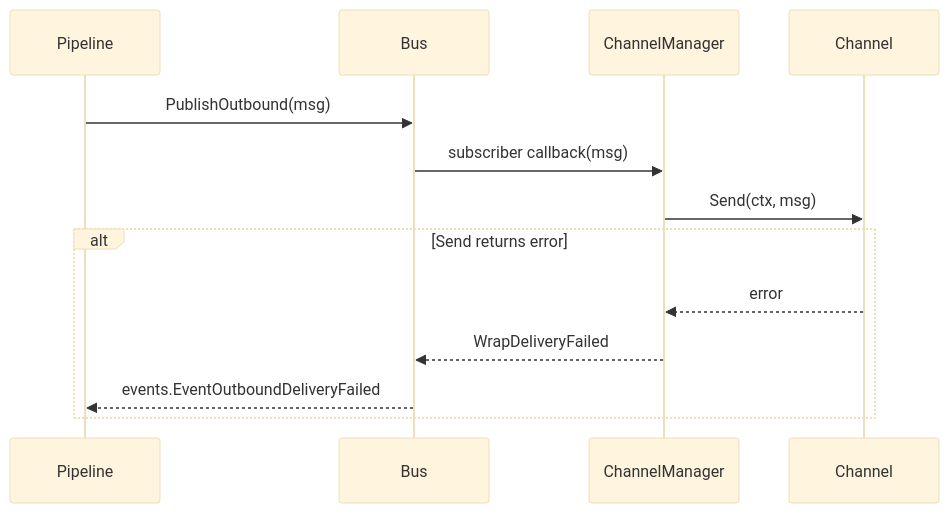
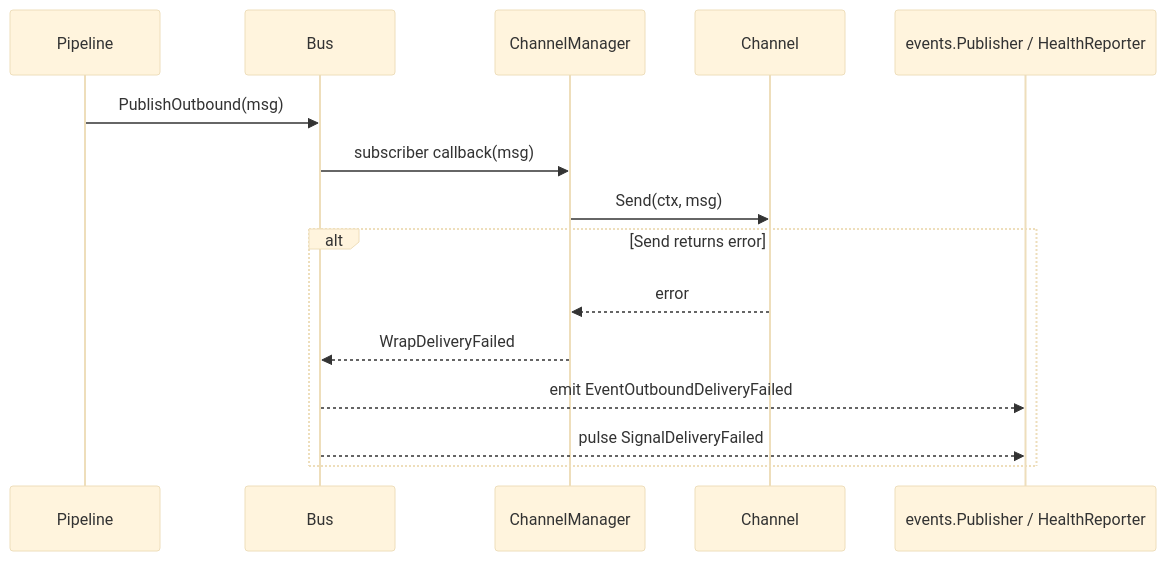
Before and after one commit to ageneralai/maven: the diagram in docs/channels/index.md, drawn with Mermaid (base theme). The commit also changed 3 other files, not shown here.

First line of the commit message:
docs: refine architecture and pipeline documentation

````diff
--- a/docs/channels/index.md
+++ b/docs/channels/index.md
@@ -45,15 +45,17 @@
 ```mermaid
 sequenceDiagram
     participant Pipeline
     participant Bus
     participant ChMgr as ChannelManager
     participant Channel
+    participant Obs as events.Publisher / HealthReporter
     Pipeline->>Bus: PublishOutbound(msg)
     Bus->>ChMgr: subscriber callback(msg)
     ChMgr->>Channel: Send(ctx, msg)
     alt Send returns error
         Channel-->>ChMgr: error
         ChMgr-->>Bus: WrapDeliveryFailed
-        Bus-->>Pipeline: events.EventOutboundDeliveryFailed
+        Bus-->>Obs: emit EventOutboundDeliveryFailed
+        Bus-->>Obs: pulse SignalDeliveryFailed
     end
 ```
````
